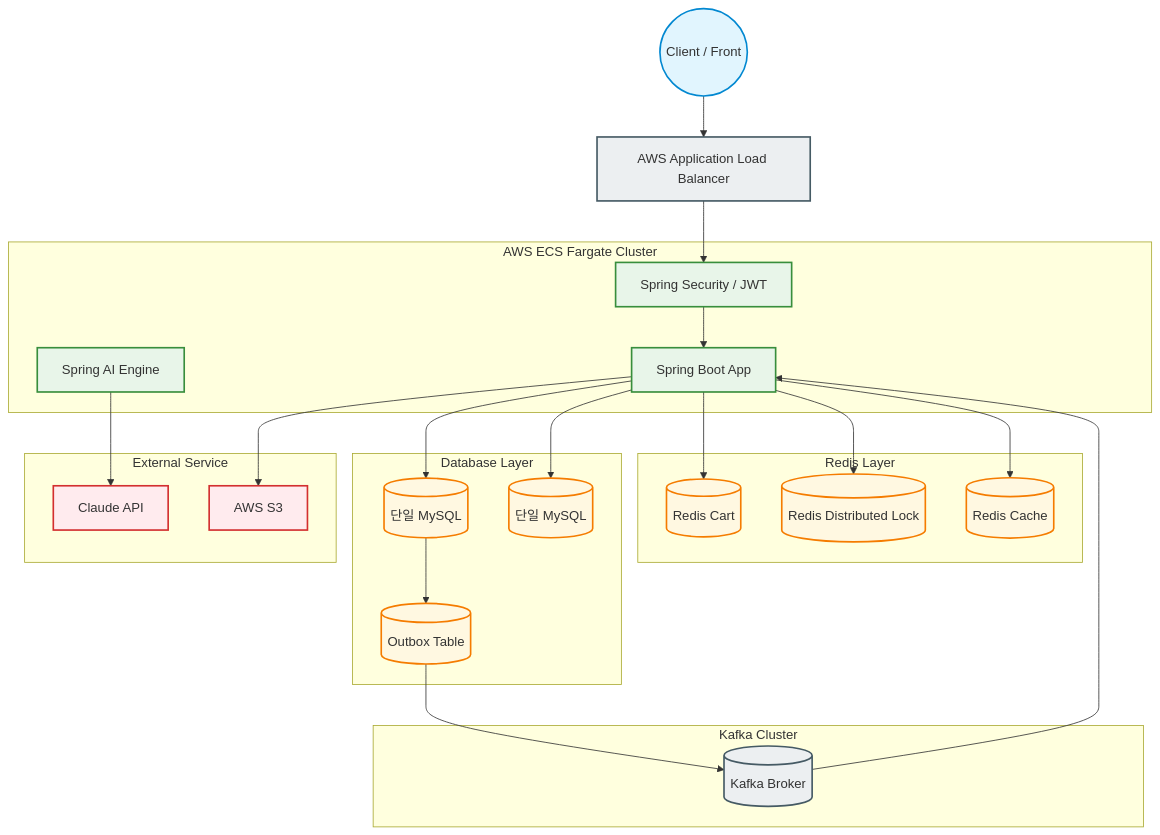
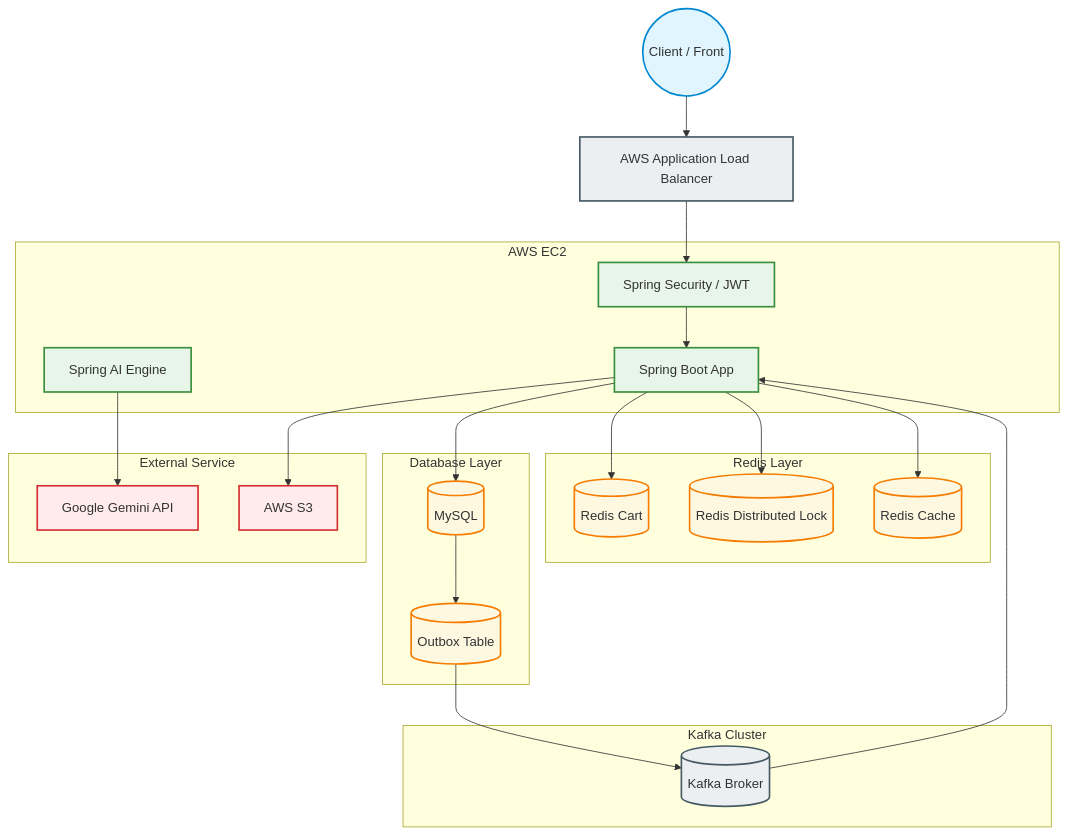
Before and after one commit to one-stop-project/one-stop-project: the diagram in README.md, drawn with Mermaid. The commit also changed other lines of this file, not shown here.

````diff
--- a/README.md
+++ b/README.md
@@ -117,57 +121,55 @@
 ```mermaid
 graph TD
     classDef client fill:#E1F5FE,stroke:#0288D1,stroke-width:2px;
     classDef infra fill:#ECEFF1,stroke:#455A64,stroke-width:2px;
     classDef app fill:#E8F5E9,stroke:#388E3C,stroke-width:2px;
     classDef db fill:#FFF8E1,stroke:#F57C00,stroke-width:2px;
     classDef ext fill:#FFEBEE,stroke:#D32F2F,stroke-width:2px;
 
     Client((Client / Front)):::client
     ALB[AWS Application Load Balancer]:::infra
 
-    subgraph ECS [AWS ECS Fargate Cluster]
+    subgraph EC2 [AWS EC2]
         SpringApp[Spring Boot App]:::app
         Security[Spring Security / JWT]:::app
         SpringAI[Spring AI Engine]:::app
     end
 
     subgraph RedisLayer [Redis Layer]
         RedisCart[(Redis Cart)]:::db
         RedisLock[(Redis Distributed Lock)]:::db
         RedisCache[(Redis Cache)]:::db
     end
 
     subgraph DB [Database Layer]
-        MySQLM[(단일 MySQL)]:::db
-        MySQLR[(단일 MySQL)]:::db
+        MySQL[(MySQL)]:::db
         Outbox[(Outbox Table)]:::db
     end
 
     subgraph Kafka [Kafka Cluster]
         Broker[(Kafka Broker)]:::infra
     end
 
     subgraph External [External Service]
-        Claude[Claude API]:::ext
+        Gemini[Google Gemini API]:::ext
         S3[AWS S3]:::ext
     end
 
     Client --> ALB
     ALB --> Security
     Security --> SpringApp
 
     SpringApp --> RedisCart
     SpringApp --> RedisLock
     SpringApp --> RedisCache
 
-    SpringApp --> MySQLM
-    SpringApp --> MySQLR
+    SpringApp --> MySQL
 
-    MySQLM --> Outbox
+    MySQL --> Outbox
     Outbox --> Broker
 
     Broker --> SpringApp
 
-    SpringAI --> Claude
+    SpringAI --> Gemini
     SpringApp --> S3
 ```
````
